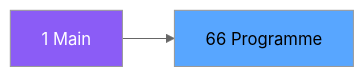
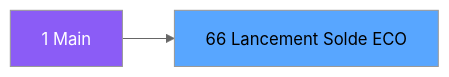
Before and after one commit to thonyAGP/magic-migration: the second of 3 diagrams in .openspec/specs/ADH-IDE-66.md, drawn with Mermaid (neutral theme). The commit also changed other lines of this file and 323 other files, not shown here.

````diff
--- a/.openspec/specs/ADH-IDE-66.md
+++ b/.openspec/specs/ADH-IDE-66.md
@@ -98,8 +107,8 @@
 ```mermaid
 graph LR
     M[1 Main]
-    T[66 Programme]
+    T[66 Lancement Solde ECO]
     M --> T
     style M fill:#8b5cf6,color:#fff
     style T fill:#58a6ff,color:#000
 ```
````
